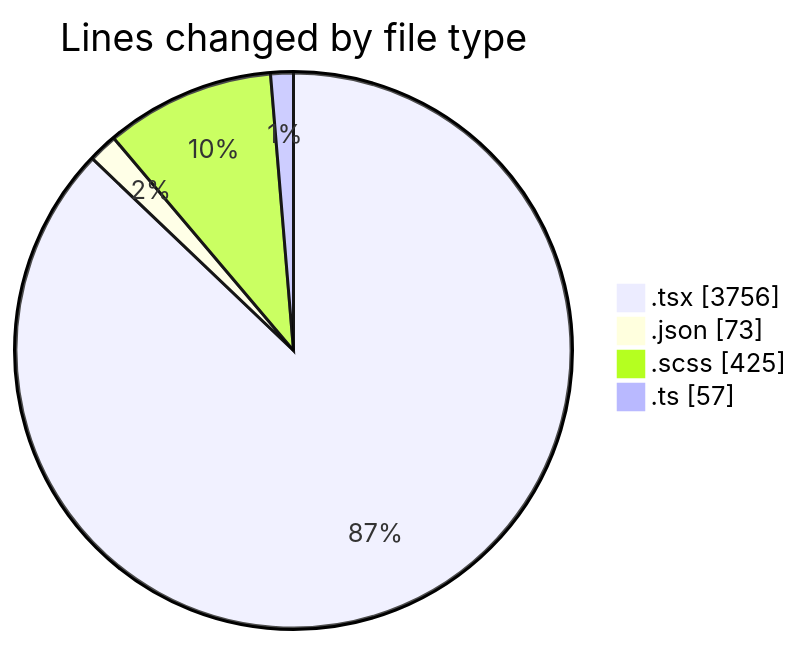
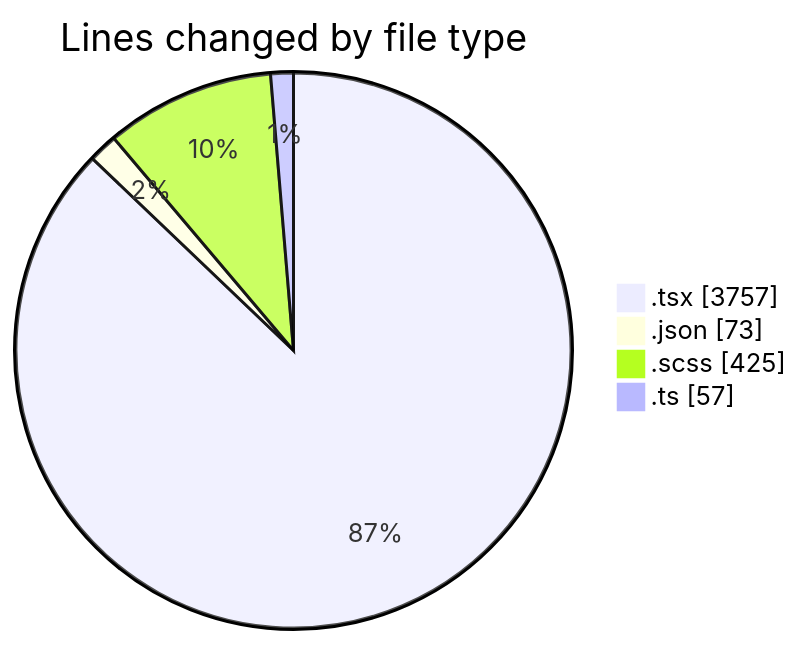
Before and after one commit to momahboobian/code-tracking: the first of 2 diagrams in 2025-10-02/cda/README.md, drawn with Mermaid. The commit also changed other lines of this file and 1 other file, not shown here.

````diff
--- a/2025-10-02/cda/README.md
+++ b/2025-10-02/cda/README.md
@@ -29,8 +29,8 @@
 ```mermaid
 pie showData
 title Lines changed by file type
-".tsx" : 3756
+".tsx" : 3757
 ".json" : 73
 ".scss" : 425
 ".ts" : 57
 ```
````
